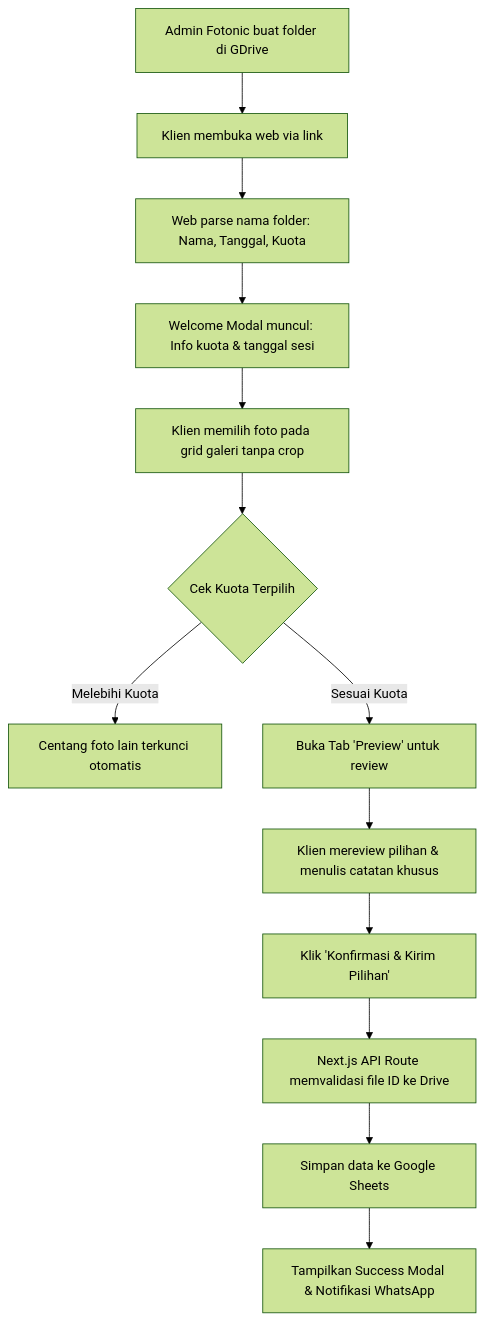
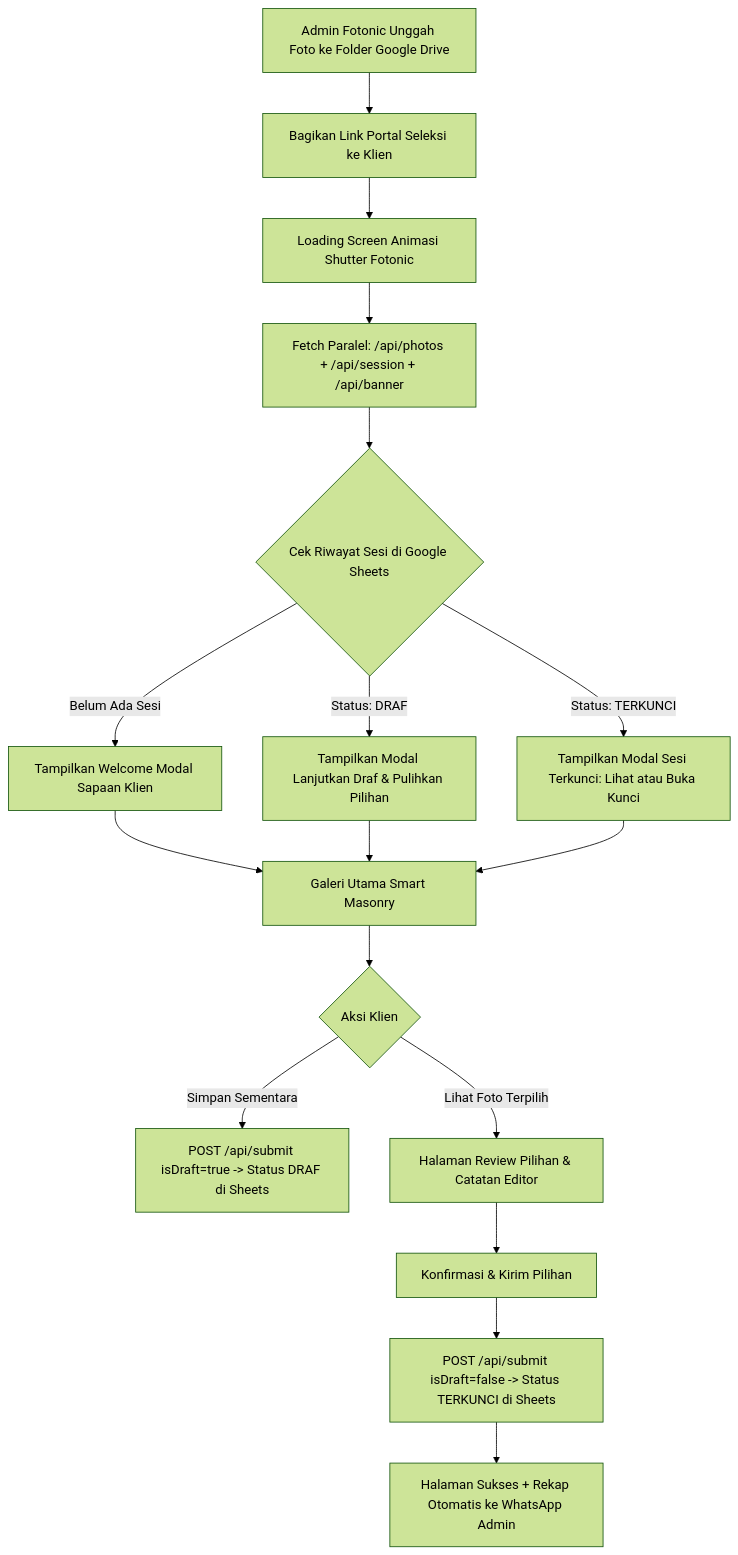
Before and after one commit to efremalvin/FotonicProject-portal-seleksi-foto: the diagram in README.md, drawn with Mermaid (forest theme). The commit also changed other lines of this file and 25 other files, not shown here.

````diff
--- a/README.md
+++ b/README.md
@@ -37,15 +27,19 @@
 ```mermaid
 flowchart TD
-    A[Admin Fotonic buat folder di GDrive] --> B[Klien membuka web via link]
-    B --> C[Web parse nama folder: Nama, Tanggal, Kuota]
-    C --> D[Welcome Modal muncul: Info kuota & tanggal sesi]
-    D --> E[Klien memilih foto pada grid galeri tanpa crop]
-    E --> F{Cek Kuota Terpilih}
-    F -->|Melebihi Kuota| G[Centang foto lain terkunci otomatis]
-    F -->|Sesuai Kuota| H[Buka Tab 'Preview' untuk review]
-    H --> I[Klien mereview pilihan & menulis catatan khusus]
-    I --> J[Klik 'Konfirmasi & Kirim Pilihan']
-    J --> K[Next.js API Route memvalidasi file ID ke Drive]
-    K --> L[Simpan data ke Google Sheets]
-    L --> M[Tampilkan Success Modal & Notifikasi WhatsApp]
+    A[Admin Fotonic Unggah Foto ke Folder Google Drive] --> B[Bagikan Link Portal Seleksi ke Klien]
+    B --> C[Loading Screen Animasi Shutter Fotonic]
+    C --> D[Fetch Paralel: /api/photos + /api/session + /api/banner]
+    D --> E{Cek Riwayat Sesi di Google Sheets}
+    E -->|Belum Ada Sesi| F[Tampilkan Welcome Modal Sapaan Klien]
+    E -->|Status: DRAF| G[Tampilkan Modal Lanjutkan Draf & Pulihkan Pilihan]
+    E -->|Status: TERKUNCI| H[Tampilkan Modal Sesi Terkunci: Lihat atau Buka Kunci]
+    F --> I[Galeri Utama Smart Masonry]
+    G --> I
+    H --> I
+    I --> J{Aksi Klien}
+    J -->|Simpan Sementara| K[POST /api/submit isDraft=true -> Status DRAF di Sheets]
+    J -->|Lihat Foto Terpilih| L[Halaman Review Pilihan & Catatan Editor]
+    L --> M[Konfirmasi & Kirim Pilihan]
+    M --> N[POST /api/submit isDraft=false -> Status TERKUNCI di Sheets]
+    N --> O[Halaman Sukses + Rekap Otomatis ke WhatsApp Admin]
 ```
````
